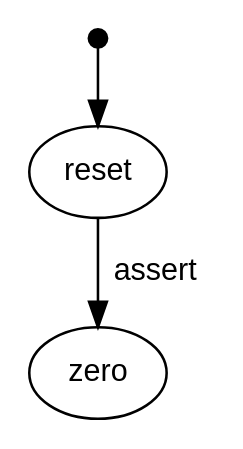
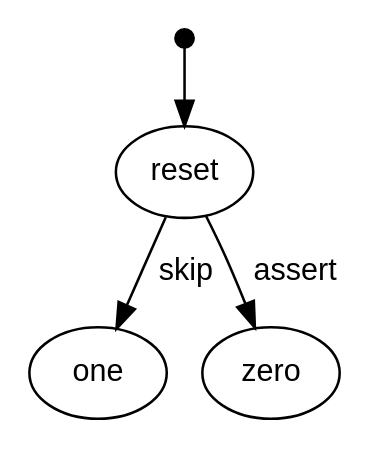
Before and after one commit to georgewbar/modbat: the diagram in modbat.examples.ExampleModel_graph.dot, drawn with Graphviz. The commit also changed 27 other files, not shown here.

```diff
--- a/modbat.examples.ExampleModel_graph.dot
+++ b/modbat.examples.ExampleModel_graph.dot
@@ -1,8 +1,9 @@
 digraph model {
   graph [ rankdir = "TB", ranksep="0.4", nodesep="0.2" ];
   node [ fontname = "Helvetica", fontsize="12.0", margin="0.07" ];
   edge [ fontname = "Helvetica", fontsize="12.0", margin="0.05" ];
   "" [ shape = "point", height="0.1" ];
   "" -> reset
+  reset	-> one [ label = " skip " ];
   reset	-> zero [ label = " assert " ];
 }
```
